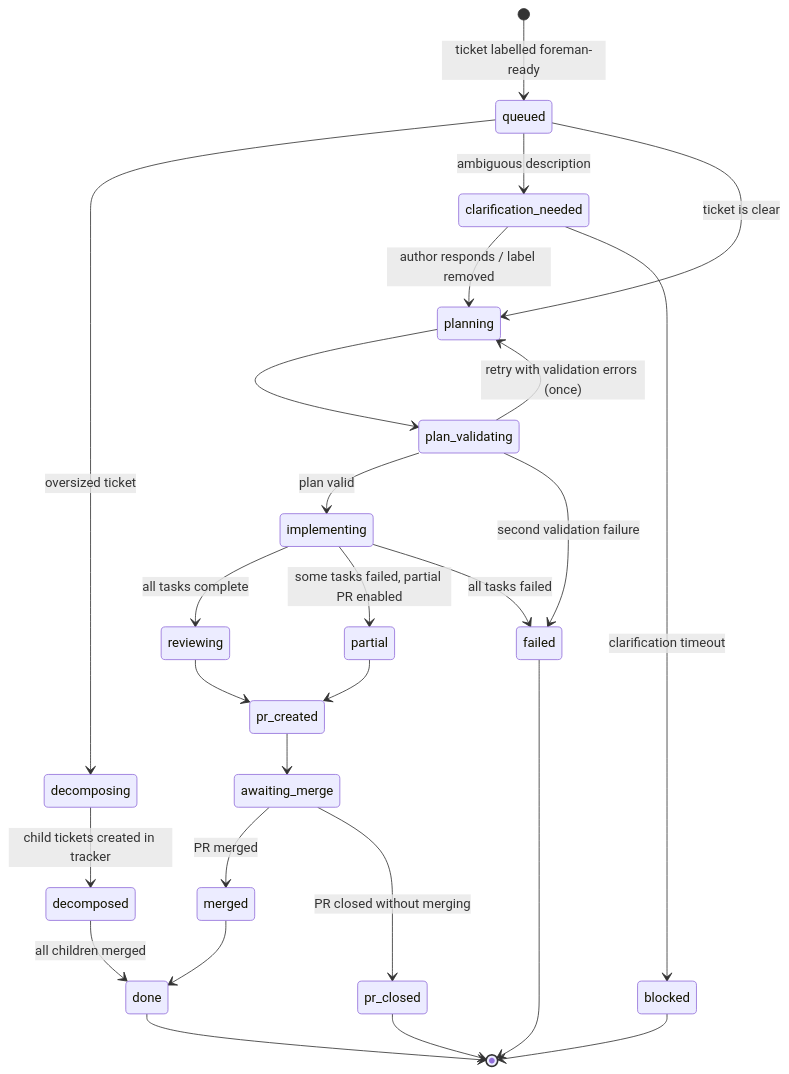
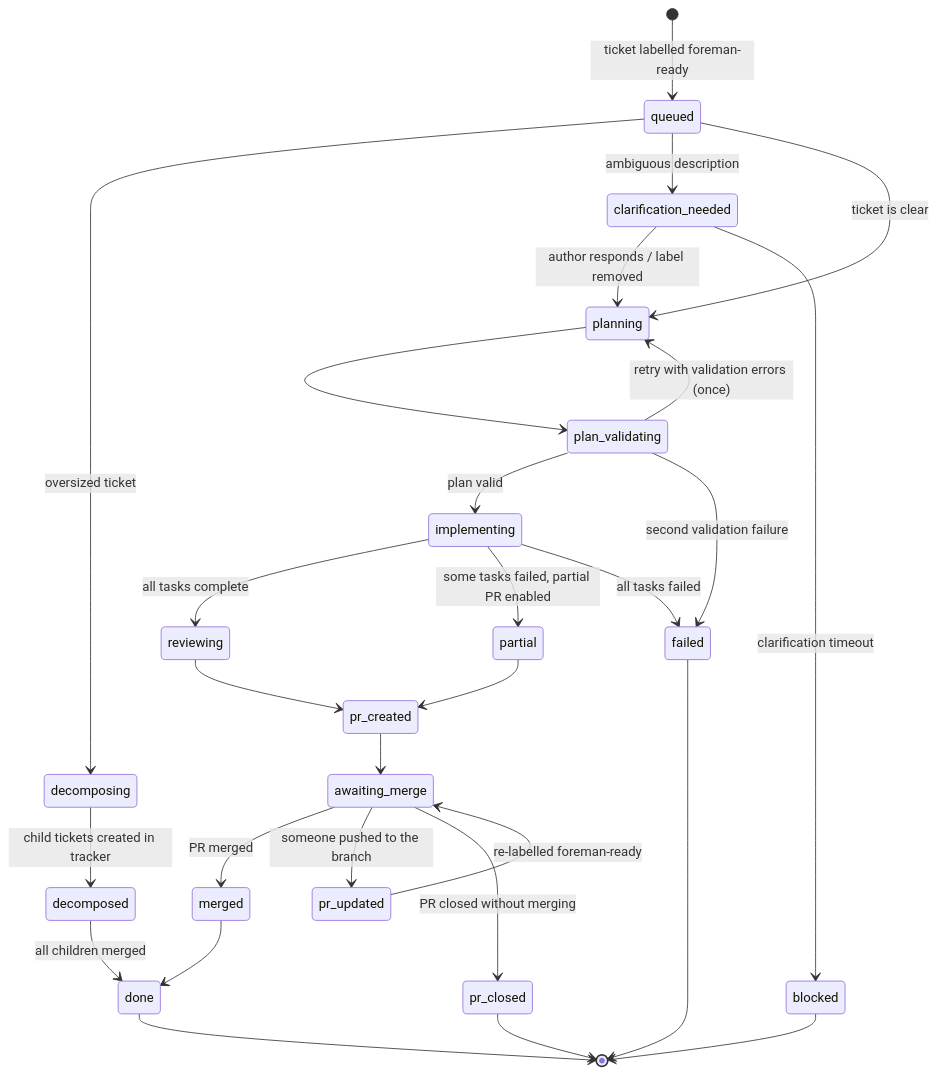
The first of 4 diagrams in docs/pipeline.md (canhta/foreman), drawn with Mermaid before and after one commit. The commit also changed other lines of this file and 5 other files, not shown here.

First line of the commit message:
feat: Enhance pipeline architecture with request-level tracing and plan confidence scoring

````diff
--- a/docs/pipeline.md
+++ b/docs/pipeline.md
@@ -9,36 +9,39 @@
 ```mermaid
 stateDiagram-v2
     [*] --> queued : ticket labelled foreman-ready
 
     queued --> decomposing : oversized ticket
     decomposing --> decomposed : child tickets created in tracker
     decomposed --> done : all children merged
 
     queued --> clarification_needed : ambiguous description
     clarification_needed --> planning : author responds / label removed
     clarification_needed --> blocked : clarification timeout
 
     queued --> planning : ticket is clear
     planning --> plan_validating
     plan_validating --> planning : retry with validation errors (once)
     plan_validating --> implementing : plan valid
     plan_validating --> failed : second validation failure
 
     implementing --> reviewing : all tasks complete
     implementing --> partial : some tasks failed, partial PR enabled
     implementing --> failed : all tasks failed
 
     reviewing --> pr_created
     partial --> pr_created
 
     pr_created --> awaiting_merge
 
     awaiting_merge --> merged : PR merged
+    awaiting_merge --> pr_updated : someone pushed to the branch
     awaiting_merge --> pr_closed : PR closed without merging
+
+    pr_updated --> awaiting_merge : re-labelled foreman-ready
 
     merged --> done
     done --> [*]
     failed --> [*]
     blocked --> [*]
     pr_closed --> [*]
 ```
````
